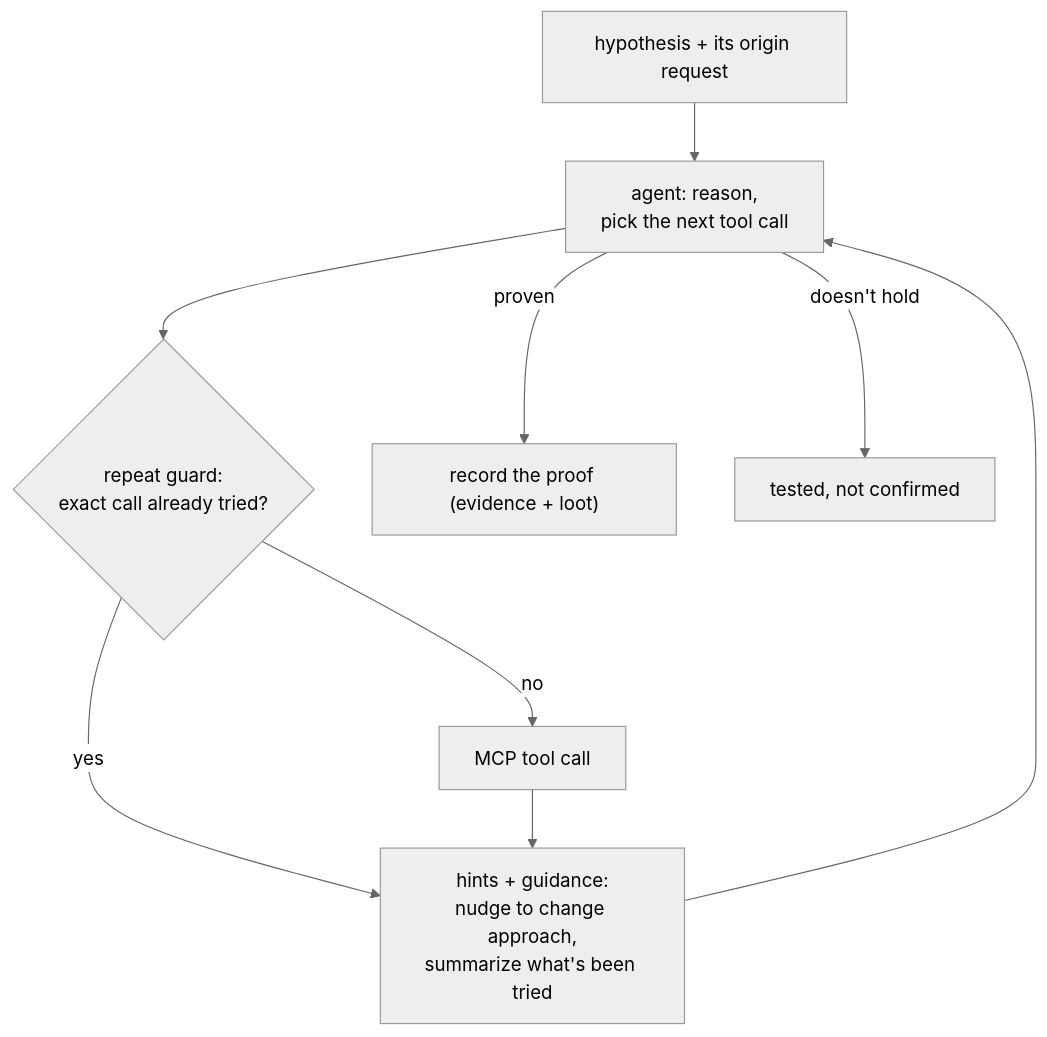
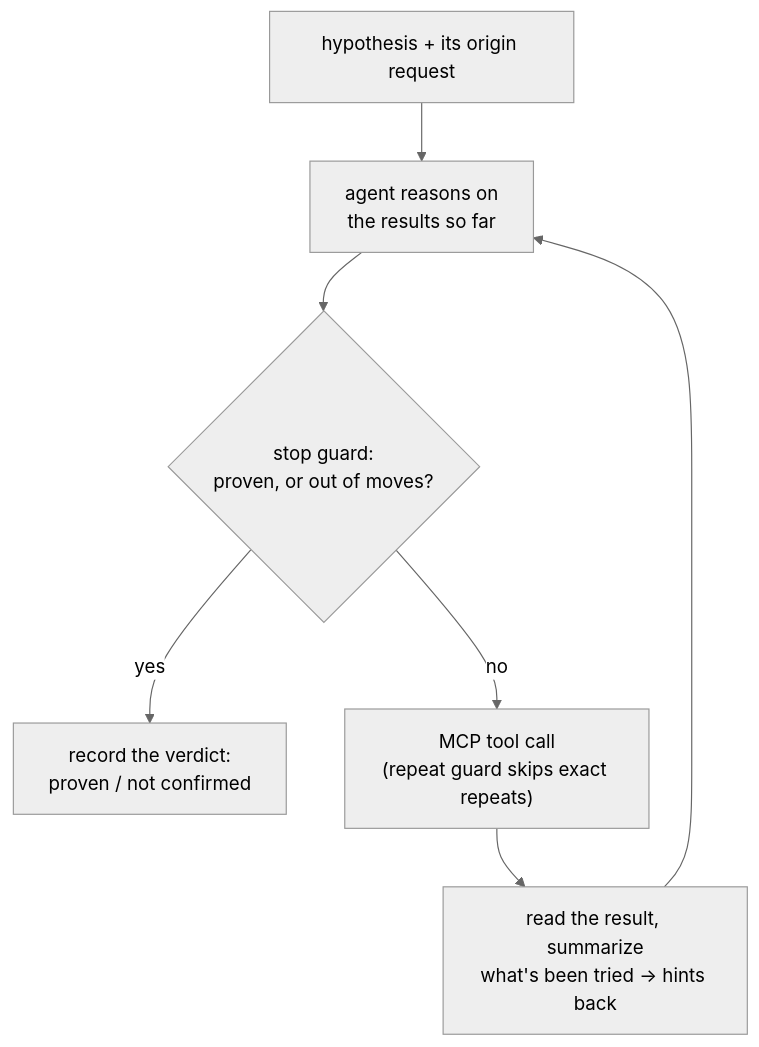
The second of 2 diagrams in README.md (kozhev/APTS), drawn with Mermaid (neutral theme) before and after one commit.

Commit message:
README: exploit graph is now an actual loop with a stop guard
agent -> stop guard -> (no) -> MCP call (repeat guard) -> summarize + hints ->
back to agent; the stop guard is the only break (proven / out of moves).

````diff
--- a/README.md
+++ b/README.md
@@ -82,11 +82,9 @@
 ```mermaid
 flowchart TD
-    H["hypothesis + its origin request"] --> A["agent: reason,<br/>pick the next tool call"]
-    A --> G{"repeat guard:<br/>exact call already tried?"}
-    G -->|"no"| M["MCP tool call"]
-    G -->|"yes"| C["hints + guidance:<br/>nudge to change approach,<br/>summarize what's been tried"]
-    M --> C
-    C --> A
-    A -->|"proven"| P["record the proof (evidence + loot)"]
-    A -->|"doesn't hold"| N["tested, not confirmed"]
+    START["hypothesis + its origin request"] --> AGENT["agent reasons on<br/>the results so far"]
+    AGENT --> STOP{"stop guard:<br/>proven, or out of moves?"}
+    STOP -->|"yes"| DONE["record the verdict:<br/>proven / not confirmed"]
+    STOP -->|"no"| CALL["MCP tool call<br/>(repeat guard skips exact repeats)"]
+    CALL --> SUM["read the result, summarize<br/>what's been tried → hints back"]
+    SUM --> AGENT
 ```
````
